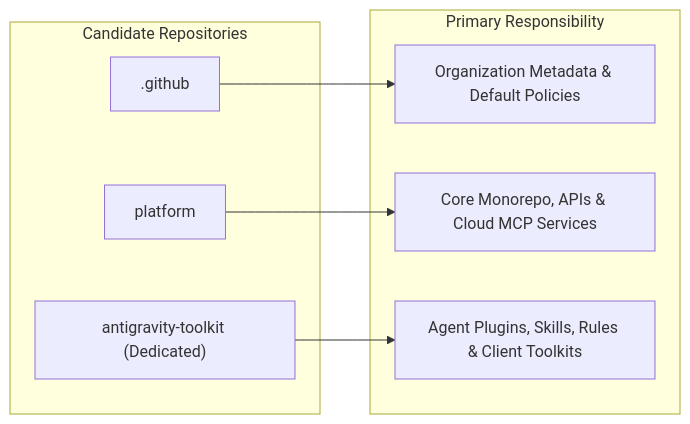
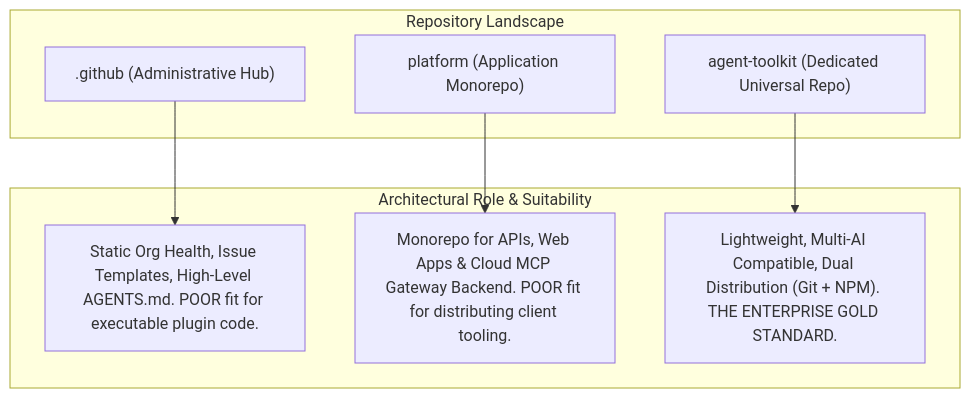
The first of 5 diagrams in .agents/plans/enterprise-agent-plugins-and-governance.md (tupynambalucas-dev/.github), drawn with Mermaid before and after one commit. The commit also changed other lines of this file, not shown here.

Commit message:
docs(plans): expand enterprise agent plan with multi-ai compatibility, gateway router fallback and repo audit

````diff
--- a/.agents/plans/enterprise-agent-plugins-and-governance.md
+++ b/.agents/plans/enterprise-agent-plugins-and-governance.md
@@ -126,18 +22,18 @@
 ```mermaid
-flowchart LR
-    subgraph Repos["Candidate Repositories"]
-        R1[".github"]
-        R2["platform"]
-        R3["antigravity-toolkit (Dedicated)"]
+flowchart TD
+    subgraph Repositories["Repository Landscape"]
+        R1[".github (Administrative Hub)"]
+        R2["platform (Application Monorepo)"]
+        R3["agent-toolkit (Dedicated Universal Repo)"]
     end
 
-    subgraph Purposes["Primary Responsibility"]
-        P1["Organization Metadata & Default Policies"]
-        P2["Core Monorepo, APIs & Cloud MCP Services"]
-        P3["Agent Plugins, Skills, Rules & Client Toolkits"]
+    subgraph Evaluation["Architectural Role & Suitability"]
+        E1["Static Org Health, Issue Templates, High-Level AGENTS.md. POOR fit for executable plugin code."]
+        E2["Monorepo for APIs, Web Apps & Cloud MCP Gateway Backend. POOR fit for distributing client tooling."]
+        E3["Lightweight, Multi-AI Compatible, Dual Distribution (Git + NPM). THE ENTERPRISE GOLD STANDARD."]
     end
 
-    R1 --> P1
-    R2 --> P2
-    R3 --> P3
+    R1 --> E1
+    R2 --> E2
+    R3 --> E3
 ```
````
